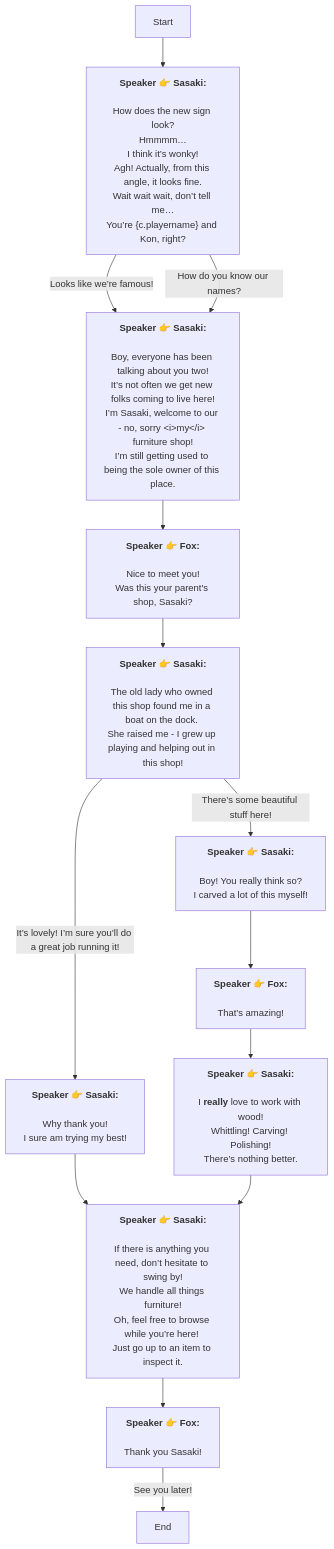
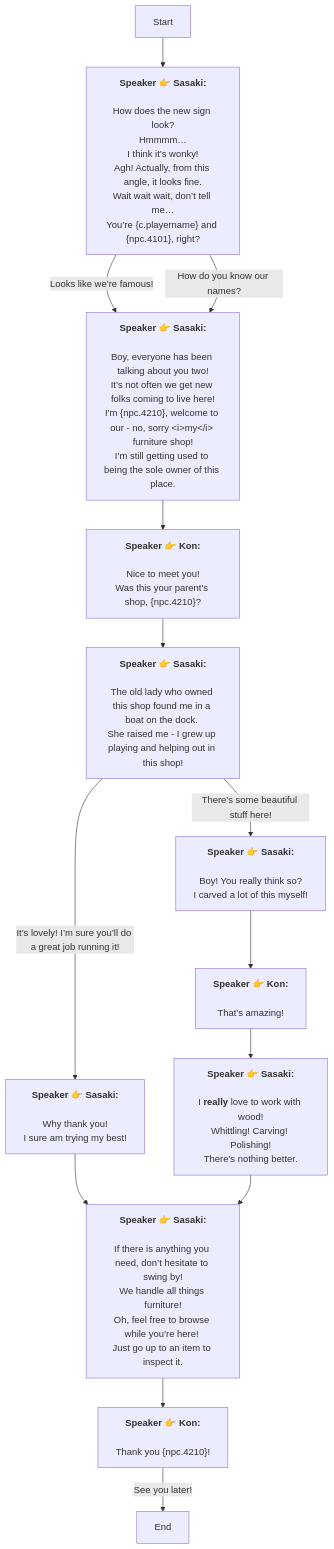
The diagram in Zh/QuestTalkObjectiveNode_1768166266109839.md (SoftHu/tos_avg), drawn with Mermaid before and after one commit. The commit also changed 730 other files, not shown here.

````diff
--- a/Zh/QuestTalkObjectiveNode_1768166266109839.md
+++ b/Zh/QuestTalkObjectiveNode_1768166266109839.md
@@ -1,46 +1,46 @@
 ```mermaid
 graph
 Start -->1768166337206163[<b>Speaker 👉 Sasaki:</b>
 \nHow does the new sign look?
 Hmmmm…\nI think it’s wonky!
 Agh! Actually, from this angle, it looks fine.\nWait wait wait, don’t tell me…
-You’re &lbrace;c.playername&rbrace; and Kon, right?]
+You’re &lbrace;c.playername&rbrace; and &lbrace;npc.4101&rbrace;, right?]
 1768166337206163 -->|Looks like we’re famous!|1776846135128685[<b>Speaker 👉 Sasaki:</b>
 \nBoy, everyone has been talking about you two!
-It’s not often we get new folks coming to live here!\nI’m Sasaki, welcome to our - no, sorry &lt;i&gt;my&lt;/i&gt; furniture shop!
+It’s not often we get new folks coming to live here!\nI’m &lbrace;npc.4210&rbrace;, welcome to our - no, sorry &lt;i&gt;my&lt;/i&gt; furniture shop!
 I’m still getting used to being the sole owner of this place.]
 1768166337206163 -->|How do you know our names?|1776846135128685[<b>Speaker 👉 Sasaki:</b>
 \nBoy, everyone has been talking about you two!
-It’s not often we get new folks coming to live here!\nI’m Sasaki, welcome to our - no, sorry &lt;i&gt;my&lt;/i&gt; furniture shop!
+It’s not often we get new folks coming to live here!\nI’m &lbrace;npc.4210&rbrace;, welcome to our - no, sorry &lt;i&gt;my&lt;/i&gt; furniture shop!
 I’m still getting used to being the sole owner of this place.]
-1776846135128685 -->1776847237352050[<b>Speaker 👉 Fox:</b>
+1776846135128685 -->1776847237352050[<b>Speaker 👉 Kon:</b>
 \nNice to meet you!
-Was this your parent's shop, Sasaki?]
+Was this your parent's shop, &lbrace;npc.4210&rbrace;?]
 1776847237352050 -->1776847262910067[<b>Speaker 👉 Sasaki:</b>
 \nThe old lady who owned this shop found me in a boat on the dock. 
 She raised me - I grew up playing and helping out in this shop!]
 1776847262910067 -->|It’s lovely! I’m sure you’ll do a great job running it!|1776847539777158[<b>Speaker 👉 Sasaki:</b>
 \nWhy thank you!
 I sure am trying my best!]
 1776847262910067 -->|There’s some beautiful stuff here!|1776847484924542[<b>Speaker 👉 Sasaki:</b>
 \nBoy! You really think so?
 I carved a lot of this myself!]
 1776847539777158 -->1776847566374537[<b>Speaker 👉 Sasaki:</b>
 \nIf there is anything you need, don’t hesitate to swing by!
 We handle all things furniture!\nOh, feel free to browse while you’re here! 
 Just go up to an item to inspect it.]
-1776847566374537 -->1768166575083412[<b>Speaker 👉 Fox:</b>
-\nThank you Sasaki!]
+1776847566374537 -->1768166575083412[<b>Speaker 👉 Kon:</b>
+\nThank you &lbrace;npc.4210&rbrace;!]
 1768166575083412 -->|See you later!|1768166331924370[End]
-1776847484924542 -->1776847499098753[<b>Speaker 👉 Fox:</b>
+1776847484924542 -->1776847499098753[<b>Speaker 👉 Kon:</b>
 \nThat’s amazing!]
 1776847499098753 -->1776847517433475[<b>Speaker 👉 Sasaki:</b>
 \nI <b>really</b> love to work with wood!
 Whittling! Carving! Polishing!
 There’s nothing better.]
 1776847517433475 -->1776847566374537[<b>Speaker 👉 Sasaki:</b>
 \nIf there is anything you need, don’t hesitate to swing by!
 We handle all things furniture!\nOh, feel free to browse while you’re here! 
 Just go up to an item to inspect it.]
 
 ```
````
